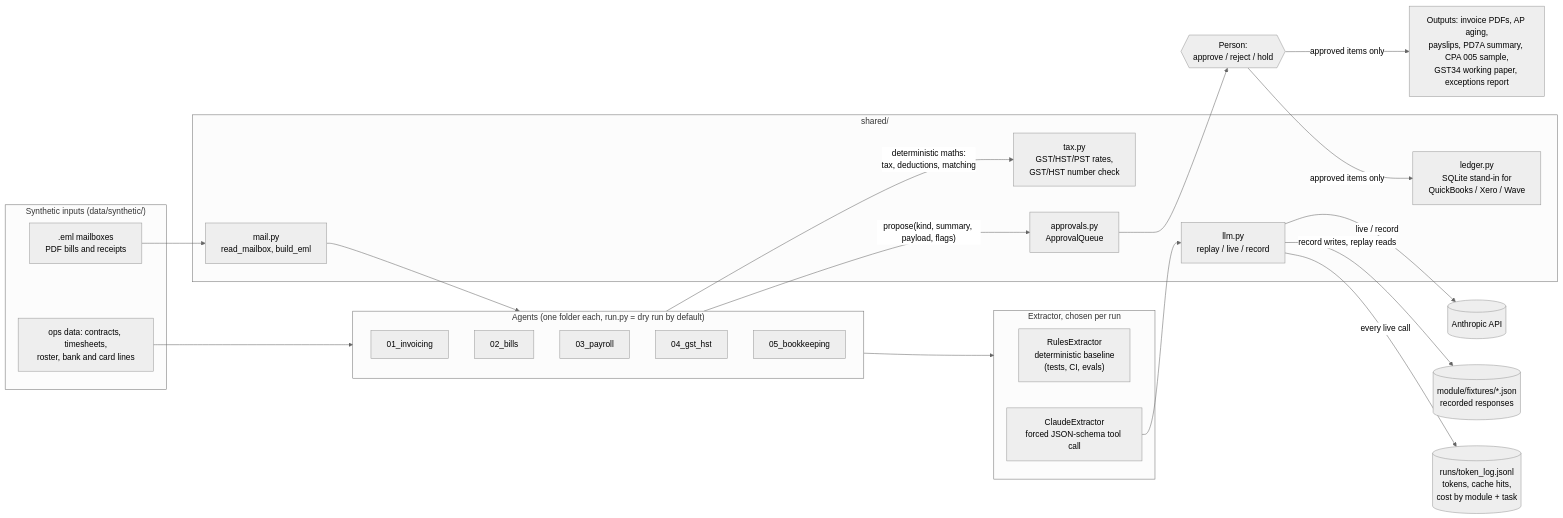
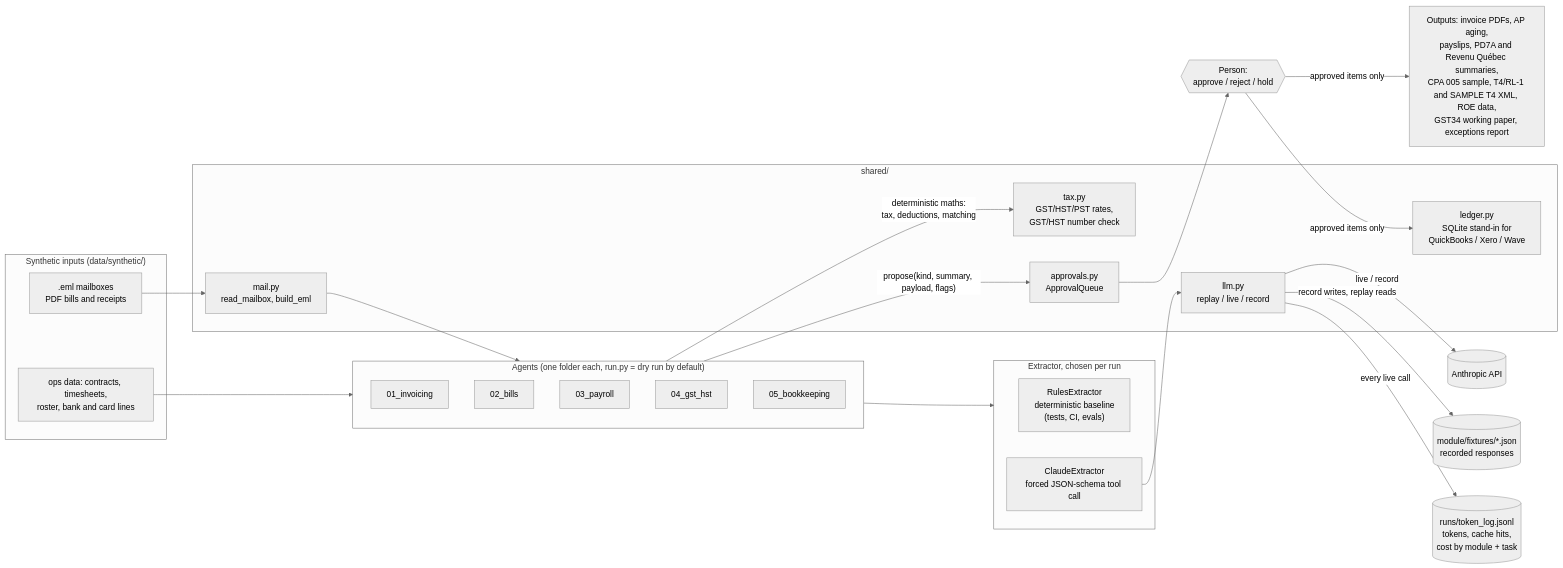
Before and after one commit to ankitmishra01/ai-finance-ops: the first of 2 diagrams in docs/architecture.md, drawn with Mermaid (neutral theme). The commit also changed 25 other files, not shown here.

````diff
--- a/docs/architecture.md
+++ b/docs/architecture.md
@@ -5,47 +5,47 @@
 ```mermaid
 flowchart LR
     subgraph inputs["Synthetic inputs (data/synthetic/)"]
         MB[".eml mailboxes<br/>PDF bills and receipts"]
         OPS["ops data: contracts, timesheets,<br/>roster, bank and card lines"]
     end
 
     subgraph modules["Agents (one folder each, run.py = dry run by default)"]
         M1["01_invoicing"]
         M2["02_bills"]
         M3["03_payroll"]
         M4["04_gst_hst"]
         M5["05_bookkeeping"]
     end
 
     subgraph extract["Extractor, chosen per run"]
         RX["RulesExtractor<br/>deterministic baseline<br/>(tests, CI, evals)"]
         CX["ClaudeExtractor<br/>forced JSON-schema tool call"]
     end
 
     subgraph shared["shared/"]
         MAIL["mail.py<br/>read_mailbox, build_eml"]
         LLM["llm.py<br/>replay / live / record"]
         TAX["tax.py<br/>GST/HST/PST rates,<br/>GST/HST number check"]
         APPR["approvals.py<br/>ApprovalQueue"]
         LEDGER["ledger.py<br/>SQLite stand-in for<br/>QuickBooks / Xero / Wave"]
     end
 
     API[("Anthropic API")]
     FIX[("module/fixtures/*.json<br/>recorded responses")]
     TOK[("runs/token_log.jsonl<br/>tokens, cache hits,<br/>cost by module + task")]
     HUMAN{{"Person:<br/>approve / reject / hold"}}
-    OUT["Outputs: invoice PDFs, AP aging,<br/>payslips, PD7A summary, CPA 005 sample,<br/>GST34 working paper, exceptions report"]
+    OUT["Outputs: invoice PDFs, AP aging,<br/>payslips, PD7A and Revenu Québec summaries,<br/>CPA 005 sample, T4/RL-1 and SAMPLE T4 XML, ROE data,<br/>GST34 working paper, exceptions report"]
 
     MB --> MAIL --> modules
     OPS --> modules
     modules --> extract
     CX --> LLM
     LLM -- "live / record" --> API
     LLM -- "record writes, replay reads" --> FIX
     LLM -- "every live call" --> TOK
     modules -- "deterministic maths:<br/>tax, deductions, matching" --> TAX
     modules -- "propose(kind, summary, payload, flags)" --> APPR
     APPR --> HUMAN
     HUMAN -- "approved items only" --> LEDGER
     HUMAN -- "approved items only" --> OUT
 ```
````
